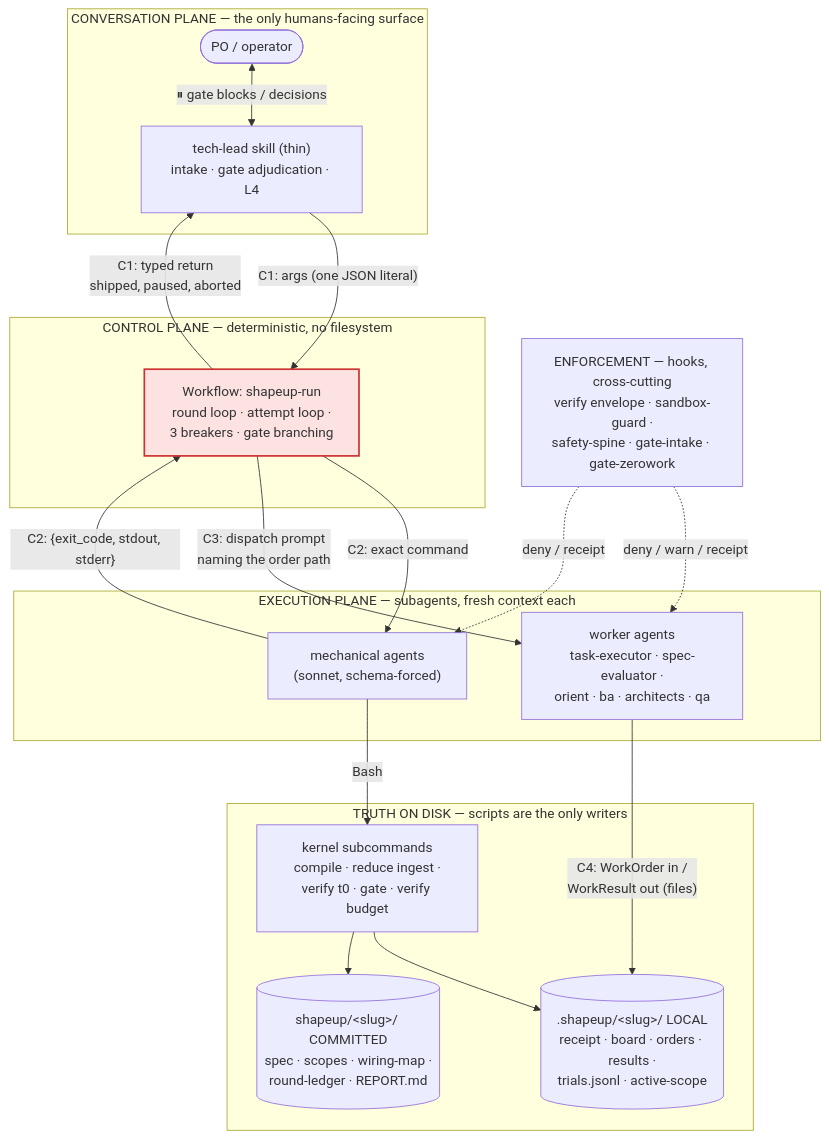
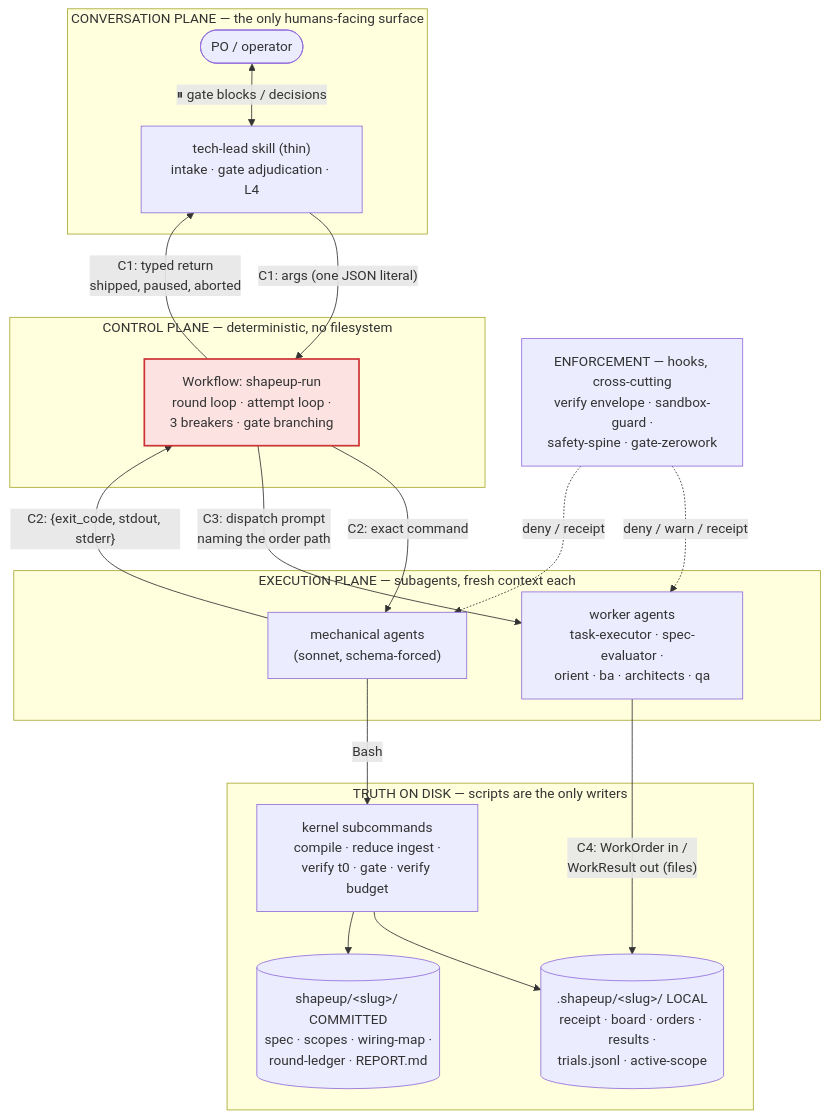
One commit to nguyenvanphituoc/shapeup-sdlc-plugin changed the first of 4 diagrams in docs/design/workflow_architecture_design.md. Above: the diagram before and after it, drawn with Mermaid. The commit also changed 27 other files, not shown here.

First line of the commit message:
refactor(hooks): delete the intake hook, re-key the stop check to the loop and drop the load echo

````diff
--- a/docs/design/workflow_architecture_design.md
+++ b/docs/design/workflow_architecture_design.md
@@ -17,40 +17,40 @@
 ```mermaid
 flowchart TB
   subgraph conv["CONVERSATION PLANE — the only humans-facing surface"]
     PO(["PO / operator"])
     TL["tech-lead skill (thin)<br/>intake · gate adjudication · L4"]
   end
 
   subgraph ctrl["CONTROL PLANE — deterministic, no filesystem"]
     WF["Workflow: shapeup-run<br/>round loop · attempt loop ·<br/>3 breakers · gate branching"]
   end
 
   subgraph exec["EXECUTION PLANE — subagents, fresh context each"]
     MA["mechanical agents<br/>(sonnet, schema-forced)"]
     WA["worker agents<br/>task-executor · spec-evaluator ·<br/>orient · ba · architects · qa"]
   end
 
   subgraph truth["TRUTH ON DISK — scripts are the only writers"]
     SCR["kernel subcommands<br/>compile · reduce ingest ·<br/>verify t0 · gate · verify budget"]
     LOC[(".shapeup/&lt;slug&gt;/ LOCAL<br/>receipt · board · orders · results ·<br/>trials.jsonl · active-scope")]
     SHA[("shapeup/&lt;slug&gt;/ COMMITTED<br/>spec · scopes · wiring-map ·<br/>round-ledger · REPORT.md")]
   end
 
-  HK["ENFORCEMENT — hooks, cross-cutting<br/>verify envelope · sandbox-guard ·<br/>safety-spine · gate-intake · gate-zerowork"]
+  HK["ENFORCEMENT — hooks, cross-cutting<br/>verify envelope · sandbox-guard ·<br/>safety-spine · gate-zerowork"]
 
   PO <-->|"⏸ gate blocks / decisions"| TL
   TL -->|"C1: args (one JSON literal)"| WF
   WF -->|"C1: typed return<br/>shipped, paused, aborted"| TL
   WF -->|"C2: exact command"| MA
   MA -->|"C2: {exit_code, stdout, stderr}"| WF
   WF -->|"C3: dispatch prompt<br/>naming the order path"| WA
   MA -->|"Bash"| SCR
   SCR --> LOC
   SCR --> SHA
   WA -->|"C4: WorkOrder in /<br/>WorkResult out (files)"| LOC
   HK -.->|"deny / warn / receipt"| WA
   HK -.->|"deny / receipt"| MA
 
   classDef hot fill:#fde2e2,stroke:#c33,stroke-width:2px
   class WF hot
 ```
````
